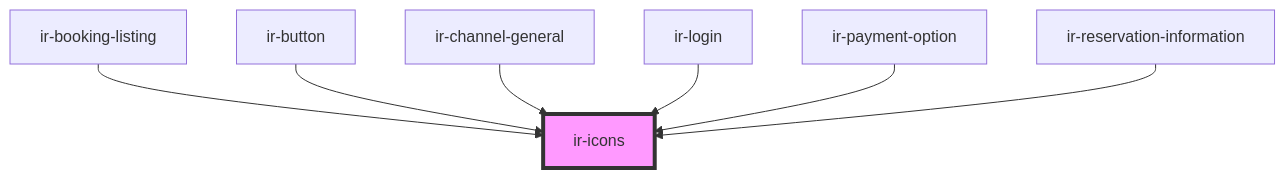
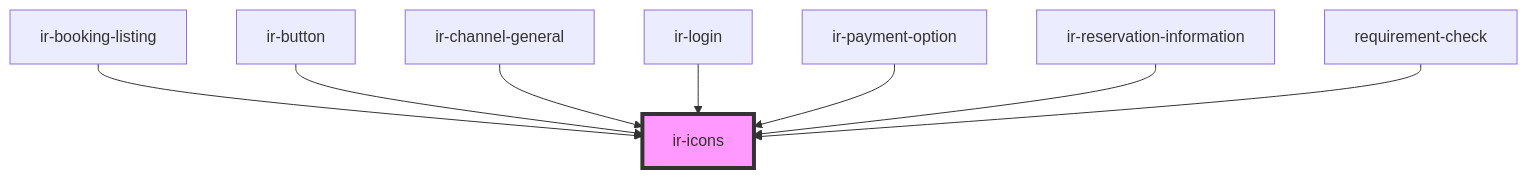
Before and after one commit to David1Chowaifaty/modified-ir-webcmp: the diagram in src/components/ui/ir-icons/readme.md, drawn with Mermaid. The commit also changed other lines of this file and 29 other files, not shown here.

````diff
--- a/src/components/ui/ir-icons/readme.md
+++ b/src/components/ui/ir-icons/readme.md
@@ -27,10 +28,11 @@
 ```mermaid
 graph TD;
   ir-booking-listing --> ir-icons
   ir-button --> ir-icons
   ir-channel-general --> ir-icons
   ir-login --> ir-icons
   ir-payment-option --> ir-icons
   ir-reservation-information --> ir-icons
+  requirement-check --> ir-icons
   style ir-icons fill:#f9f,stroke:#333,stroke-width:4px
 ```
````
